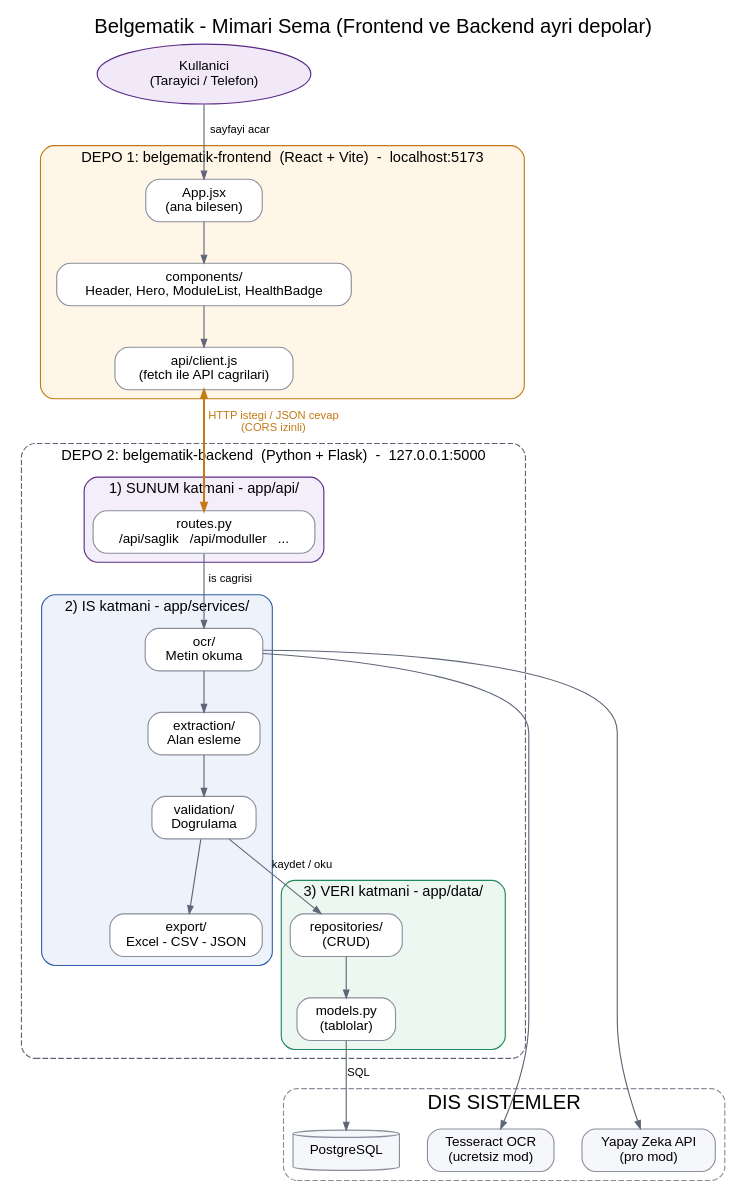
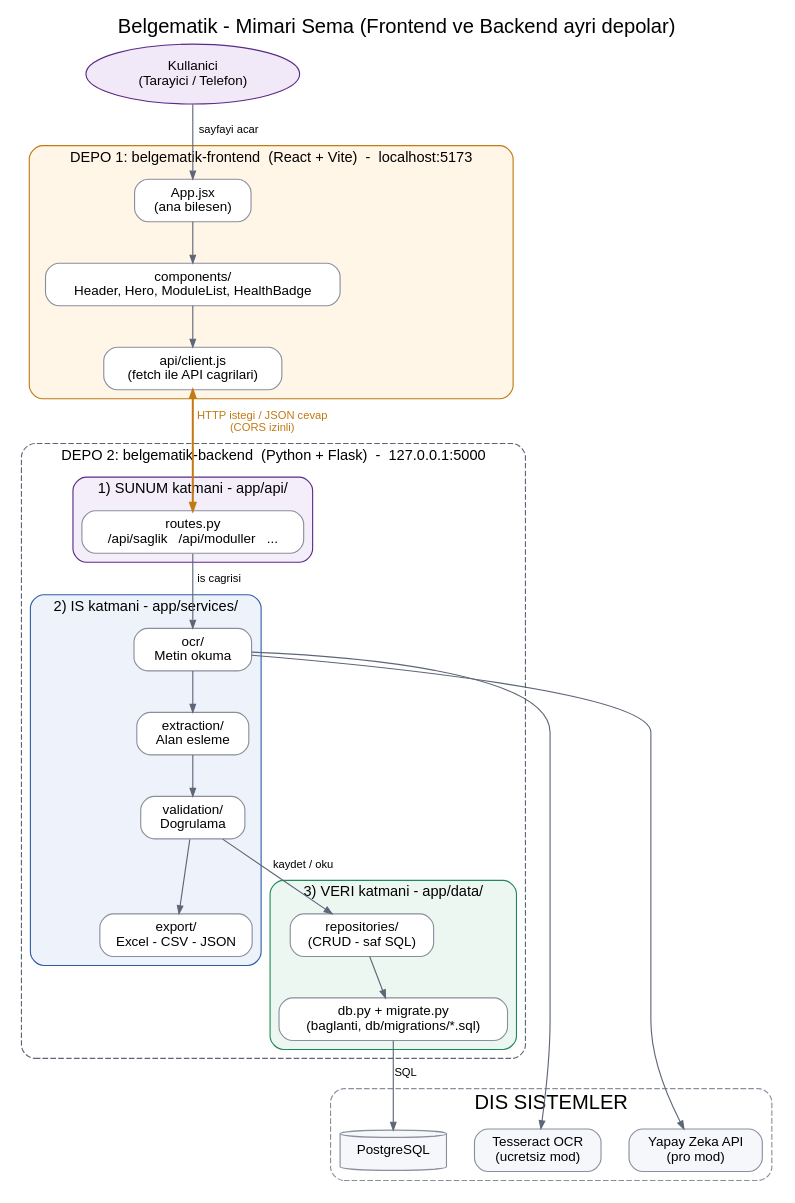
The diagram in docs/mimari-sema.dot (hasankamiloglu/belgematik), drawn with Graphviz before and after one commit. The commit also changed 21 other files, not shown here.

Commit message:
Hafta 4: PostgreSQL semasi, migration, indeksler, ornek veri, CRUD ve testler

```diff
--- a/docs/mimari-sema.dot
+++ b/docs/mimari-sema.dot
@@ -1,55 +1,55 @@
 digraph Mimari {
   rankdir=TB; bgcolor="white"; fontname="Helvetica"; nodesep=0.35; ranksep=0.5; compound=true;
   node [shape=box, style="rounded,filled", fontname="Helvetica", fontsize=12, color="#8a8f9c", fillcolor="white", margin="0.18,0.08"];
   edge [color="#5d6677", fontname="Helvetica", fontsize=10, arrowsize=0.7];
   label="Belgematik - Mimari Sema (Frontend ve Backend ayri depolar)"; labelloc=t; fontsize=18;
 
   kullanici [label="Kullanici\n(Tarayici / Telefon)", shape=ellipse, fillcolor="#f1e9f8", color="#5b2a86"];
 
   subgraph cluster_fe {
     label="DEPO 1: belgematik-frontend  (React + Vite)  -  localhost:5173";
     style="rounded,filled"; fillcolor="#fff6e8"; color="#c27a12"; fontsize=13;
     app_jsx [label="App.jsx\n(ana bilesen)"];
     comps [label="components/\nHeader, Hero, ModuleList, HealthBadge"];
     client [label="api/client.js\n(fetch ile API cagrilari)"];
     app_jsx -> comps -> client;
   }
 
   subgraph cluster_be {
     label="DEPO 2: belgematik-backend  (Python + Flask)  -  127.0.0.1:5000";
     style="rounded,dashed"; color="#5d6677"; fontsize=13;
     subgraph cluster_api {
       label="1) SUNUM katmani - app/api/"; style="rounded,filled"; fillcolor="#f4eefa"; color="#5b2a86";
       routes [label="routes.py\n/api/saglik   /api/moduller   ..."];
     }
     subgraph cluster_is {
       label="2) IS katmani - app/services/"; style="rounded,filled"; fillcolor="#eef3fb"; color="#2f5ea8";
       ocr [label="ocr/\nMetin okuma"];
       extraction [label="extraction/\nAlan esleme"];
       validation [label="validation/\nDogrulama"];
       export [label="export/\nExcel - CSV - JSON"];
       ocr -> extraction -> validation -> export;
     }
     subgraph cluster_veri {
       label="3) VERI katmani - app/data/"; style="rounded,filled"; fillcolor="#edf7f1"; color="#1f8a5b";
-      repos [label="repositories/\n(CRUD)"];
-      models [label="models.py\n(tablolar)"];
+      repos [label="repositories/\n(CRUD - saf SQL)"];
+      models [label="db.py + migrate.py\n(baglanti, db/migrations/*.sql)"];
       repos -> models;
     }
   }
 
   subgraph cluster_dis {
     label="DIS SISTEMLER"; style="rounded,dashed"; color="#8a8f9c";
     pg [label="PostgreSQL", shape=cylinder, fillcolor="#f6f7fb"];
     tess [label="Tesseract OCR\n(ucretsiz mod)", fillcolor="#f6f7fb"];
     llm [label="Yapay Zeka API\n(pro mod)", fillcolor="#f6f7fb"];
   }
 
   kullanici -> app_jsx [label=" sayfayi acar"];
   client -> routes [label=" HTTP istegi / JSON cevap\n (CORS izinli)", color="#c27a12", fontcolor="#c27a12", penwidth=1.8, dir=both];
   routes -> ocr [label=" is cagrisi"];
   validation -> repos [label=" kaydet / oku"];
   models -> pg [label=" SQL"];
   ocr -> tess;
   ocr -> llm;
 }
```
